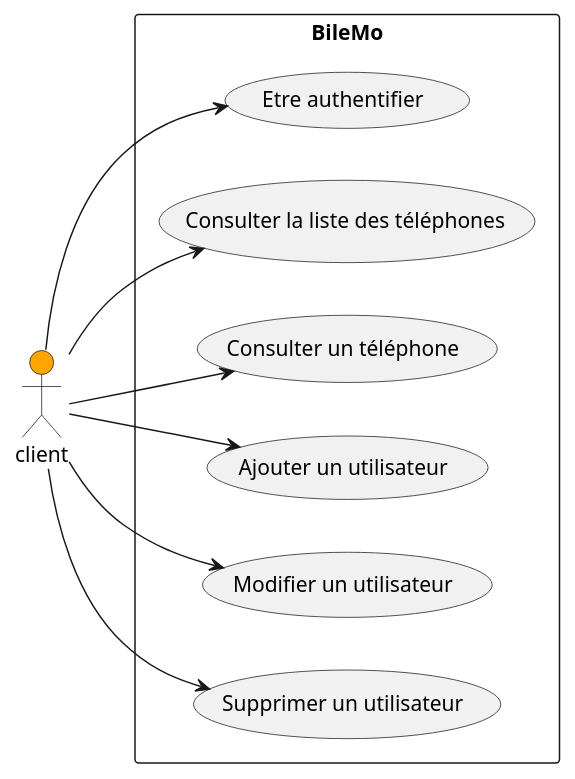
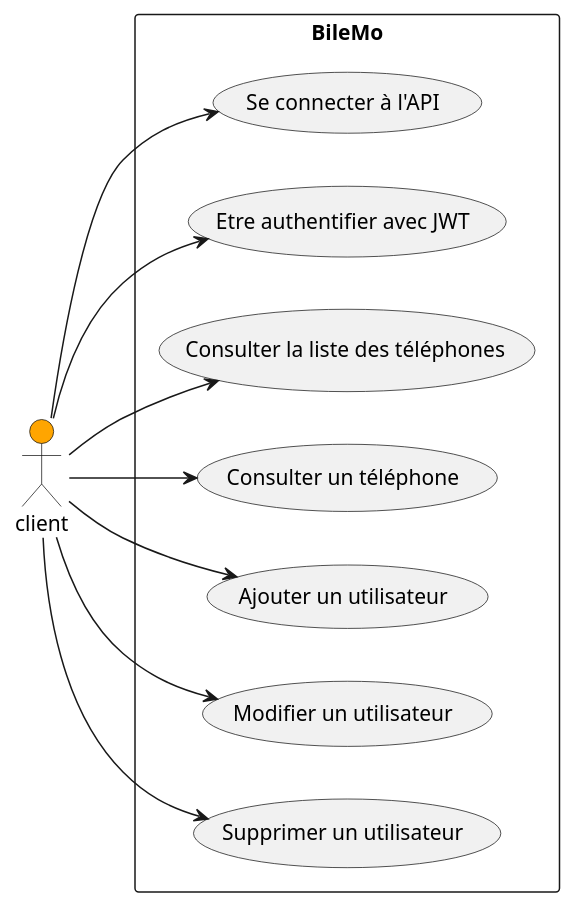
Before and after one commit to laurasullyalexandrine/BileMo: the diagram in diagrams-uml/UserCase/Client.puml, drawn with PlantUML.

```diff
--- a/diagrams-uml/UserCase/Client.puml
+++ b/diagrams-uml/UserCase/Client.puml
@@ -1,25 +1,27 @@
 @startuml Client
 
 left to right direction
 
 actor "client" as client #Orange
 
 rectangle BileMo {
 
-  usecase "Etre authentifier" as UC1
-  usecase "Consulter la liste des téléphones" as UC2
-  usecase "Consulter un téléphone" as UC3
-  usecase "Ajouter un utilisateur" as UC4
-  usecase "Modifier un utilisateur" as UC5
-  usecase "Supprimer un utilisateur" as UC6
+  usecase "Se connecter à l'API" as UC1
+  usecase "Etre authentifier avec JWT" as UC2
+  usecase "Consulter la liste des téléphones" as UC3
+  usecase "Consulter un téléphone" as UC4
+  usecase "Ajouter un utilisateur" as UC5
+  usecase "Modifier un utilisateur" as UC6
+  usecase "Supprimer un utilisateur" as UC7
 
 }
 
 client --> UC1
 client --> UC2
 client --> UC3
 client --> UC4
 client --> UC5
 client --> UC6
+client --> UC7
 
 @enduml
```
